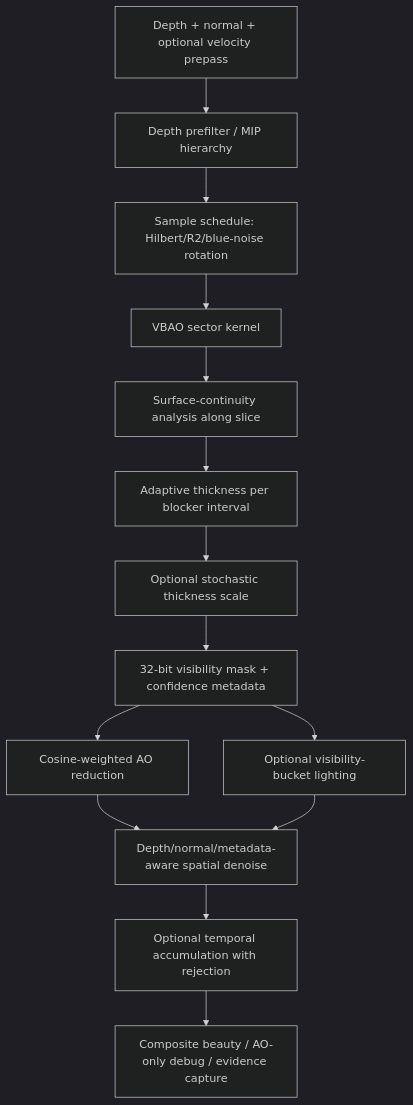
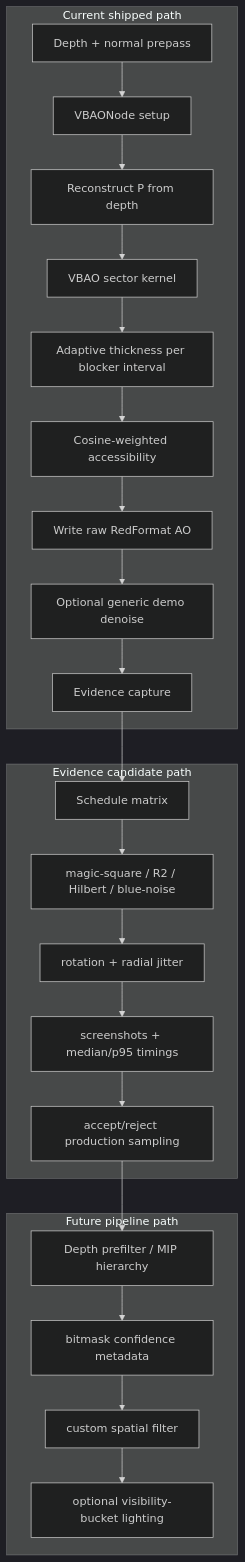
One commit to tonyblu331/HorizonAO changed the diagram in openspec/changes/vbao-math-alignment-whiteboard/whiteboard.md. Above: the diagram before and after it, drawn with Mermaid (dark theme). The commit also changed other lines of this file and 136 other files, not shown here.

First line of the commit message:
feat(vbao): add evidence gates and reference harness

````diff
--- a/openspec/changes/vbao-math-alignment-whiteboard/whiteboard.md
+++ b/openspec/changes/vbao-math-alignment-whiteboard/whiteboard.md
@@ -301,16 +282,29 @@
 ```mermaid
 flowchart TD
-  A["Depth + normal + optional velocity prepass"] --> B["Depth prefilter / MIP hierarchy"]
-  B --> C["Sample schedule: Hilbert/R2/blue-noise rotation"]
-  C --> D["VBAO sector kernel"]
-  D --> E["Surface-continuity analysis along slice"]
-  E --> F["Adaptive thickness per blocker interval"]
-  F --> G["Optional stochastic thickness scale"]
-  G --> H["32-bit visibility mask + confidence metadata"]
-  H --> I["Cosine-weighted AO reduction"]
-  H --> J["Optional visibility-bucket lighting"]
-  I --> K["Depth/normal/metadata-aware spatial denoise"]
-  J --> K
-  K --> L["Optional temporal accumulation with rejection"]
-  L --> M["Composite beauty / AO-only debug / evidence capture"]
+  subgraph Current["Current shipped path"]
+    A["Depth + normal prepass"] --> B["VBAONode setup"]
+    B --> C["Reconstruct P from depth"]
+    C --> D["VBAO sector kernel"]
+    D --> E["Adaptive thickness per blocker interval"]
+    E --> F["Cosine-weighted accessibility"]
+    F --> G["Write raw RedFormat AO"]
+    G --> H["Optional generic demo denoise"]
+    H --> I["Evidence capture"]
+  end
+
+  subgraph Candidate["Evidence candidate path"]
+    J["Schedule matrix"] --> K["magic-square / R2 / Hilbert / blue-noise"]
+    K --> L["rotation + radial jitter"]
+    L --> M["screenshots + median/p95 timings"]
+    M --> N["accept/reject production sampling"]
+  end
+
+  subgraph Future["Future pipeline path"]
+    O["Depth prefilter / MIP hierarchy"] --> P["bitmask confidence metadata"]
+    P --> Q["custom spatial filter"]
+    Q --> R["optional visibility-bucket lighting"]
+  end
+
+  I --> J
+  N --> O
 ```
````
